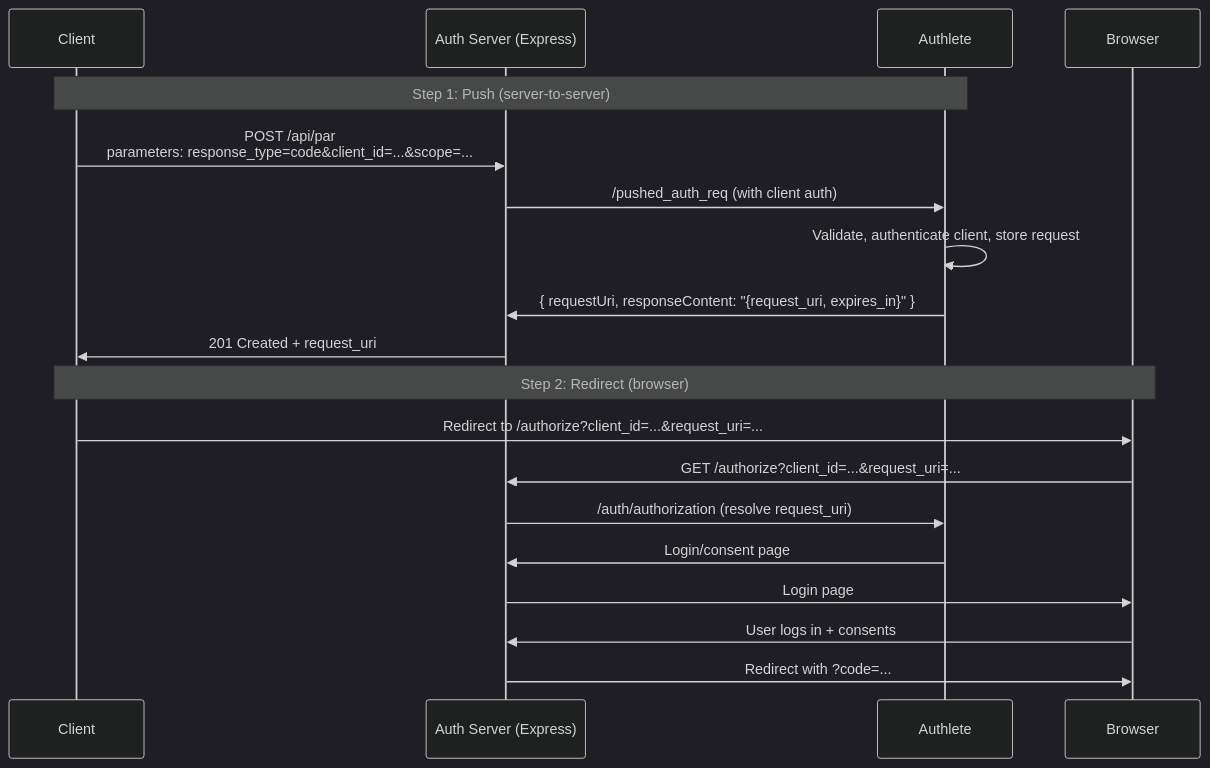
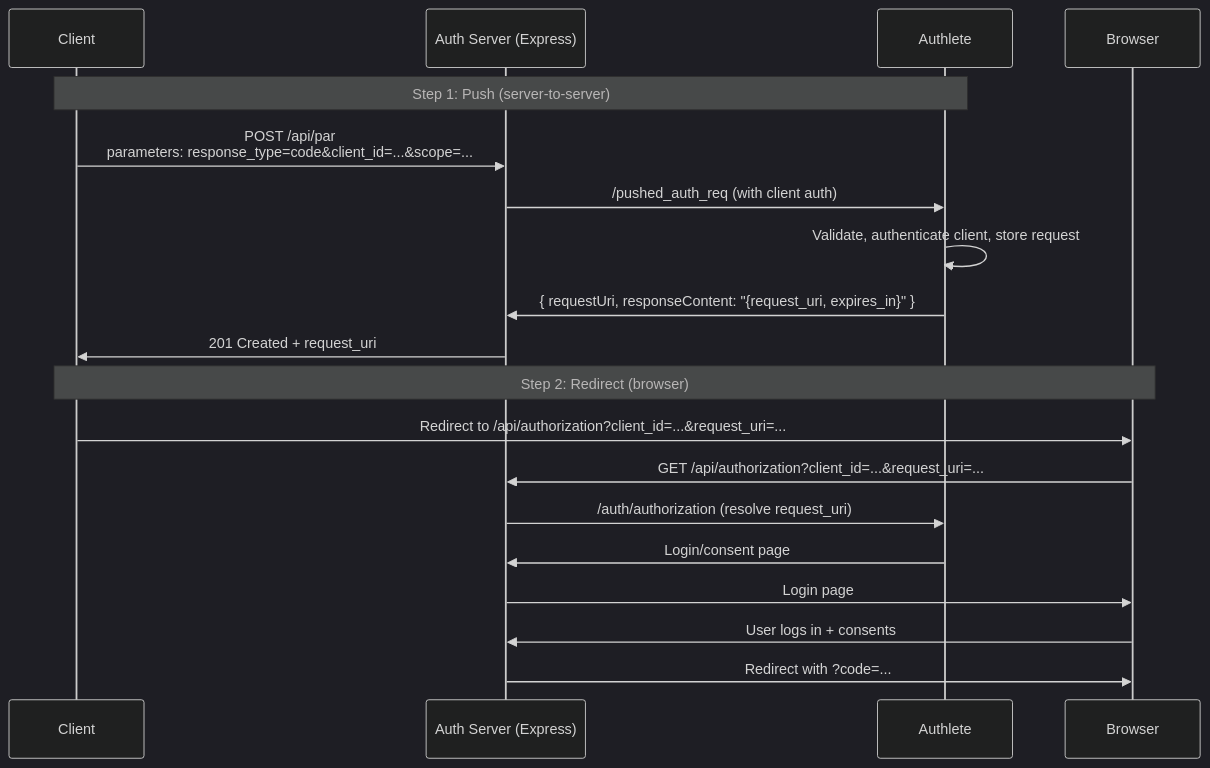
Before and after one commit to blackadi/OAUTH2.0: the third of 4 diagrams in docs/PAR-TUTORIAL.md, drawn with Mermaid. The commit also changed other lines of this file and 17 other files, not shown here.

````diff
--- a/docs/PAR-TUTORIAL.md
+++ b/docs/PAR-TUTORIAL.md
@@ -97,24 +124,24 @@
 ```mermaid
 %%{init: {'theme': 'dark'}}%%
 sequenceDiagram
     participant Client
     participant AuthServer as Auth Server (Express)
     participant Authlete
     participant Browser
 
     Note over Client,Authlete: Step 1: Push (server-to-server)
     Client->>AuthServer: POST /api/par<br/>parameters: response_type=code&client_id=...&scope=...
     AuthServer->>Authlete: /pushed_auth_req (with client auth)
     Authlete->>Authlete: Validate, authenticate client, store request
     Authlete->>AuthServer: { requestUri, responseContent: "{request_uri, expires_in}" }
     AuthServer->>Client: 201 Created + request_uri
 
     Note over Client,Browser: Step 2: Redirect (browser)
-    Client->>Browser: Redirect to /authorize?client_id=...&request_uri=...
-    Browser->>AuthServer: GET /authorize?client_id=...&request_uri=...
+    Client->>Browser: Redirect to /api/authorization?client_id=...&request_uri=...
+    Browser->>AuthServer: GET /api/authorization?client_id=...&request_uri=...
     AuthServer->>Authlete: /auth/authorization (resolve request_uri)
     Authlete->>AuthServer: Login/consent page
     AuthServer->>Browser: Login page
     Browser->>AuthServer: User logs in + consents
     AuthServer->>Browser: Redirect with ?code=...
 ```
````
